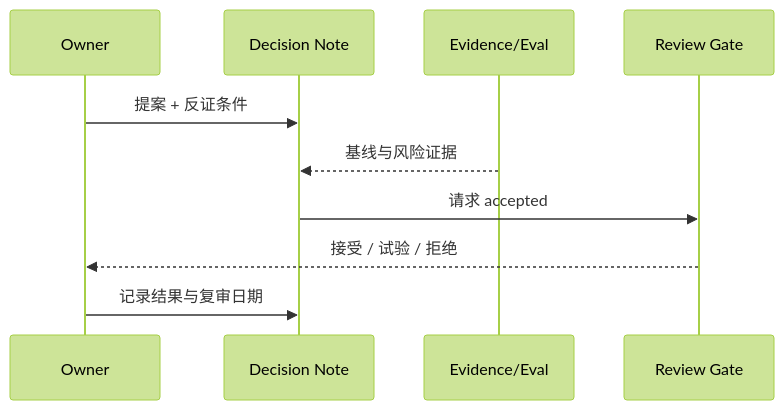
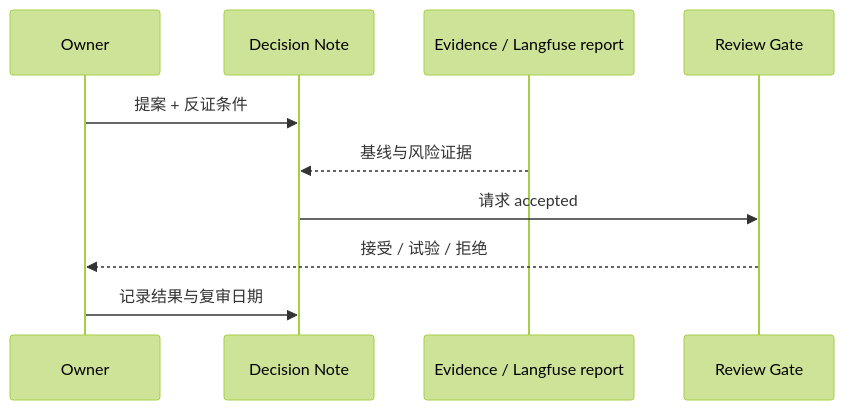
Before and after one commit to Cainheart/tracegraph-agent: the second of 2 diagrams in docs/outlive-agent-v2/00-product-charter/03-success-metrics-decisions.md, drawn with Mermaid (forest theme). The commit also changed other lines of this file and 46 other files, not shown here.

````diff
--- a/docs/outlive-agent-v2/00-product-charter/03-success-metrics-decisions.md
+++ b/docs/outlive-agent-v2/00-product-charter/03-success-metrics-decisions.md
@@ -55,12 +55,12 @@
 ```mermaid
 sequenceDiagram
   participant O as Owner
   participant N as Decision Note
-  participant E as Evidence/Eval
+  participant E as Evidence / Langfuse report
   participant G as Review Gate
   O->>N: 提案 + 反证条件
   E-->>N: 基线与风险证据
   N->>G: 请求 accepted
   G-->>O: 接受 / 试验 / 拒绝
   O->>N: 记录结果与复审日期
 ```
````
